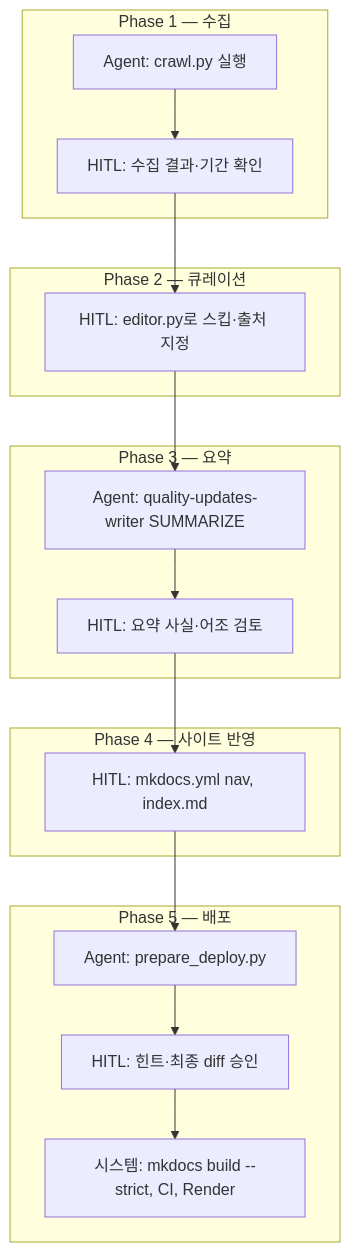
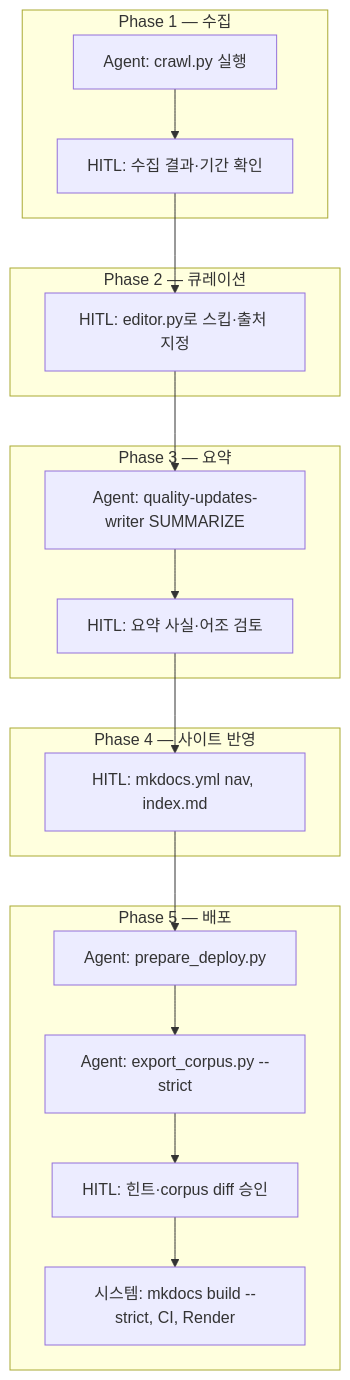
The diagram in docs/project/quarterly-operations-guide.md (ypspy/quality-updates), drawn with Mermaid before and after one commit. The commit also changed other lines of this file and 2 other files, not shown here.

Commit message:
docs: MCP citation contract and Phase 5 corpus export

````diff
--- a/docs/project/quarterly-operations-guide.md
+++ b/docs/project/quarterly-operations-guide.md
@@ -35,23 +35,24 @@
 ```mermaid
 flowchart TB
     subgraph phase1 [Phase 1 — 수집]
         P1A[Agent: crawl.py 실행]
         P1H[HITL: 수집 결과·기간 확인]
     end
     subgraph phase2 [Phase 2 — 큐레이션]
         P2H[HITL: editor.py로 스킵·출처 지정]
     end
     subgraph phase3 [Phase 3 — 요약]
         P3A[Agent: quality-updates-writer SUMMARIZE]
         P3H[HITL: 요약 사실·어조 검토]
     end
     subgraph phase4 [Phase 4 — 사이트 반영]
         P4H[HITL: mkdocs.yml nav, index.md]
     end
     subgraph phase5 [Phase 5 — 배포]
         P5A[Agent: prepare_deploy.py]
-        P5H[HITL: 힌트·최종 diff 승인]
+        P5C[Agent: export_corpus.py --strict]
+        P5H[HITL: 힌트·corpus diff 승인]
         P5B[시스템: mkdocs build --strict, CI, Render]
     end
-    P1A --> P1H --> P2H --> P3A --> P3H --> P4H --> P5A --> P5H --> P5B
+    P1A --> P1H --> P2H --> P3A --> P3H --> P4H --> P5A --> P5C --> P5H --> P5B
 ```
````
